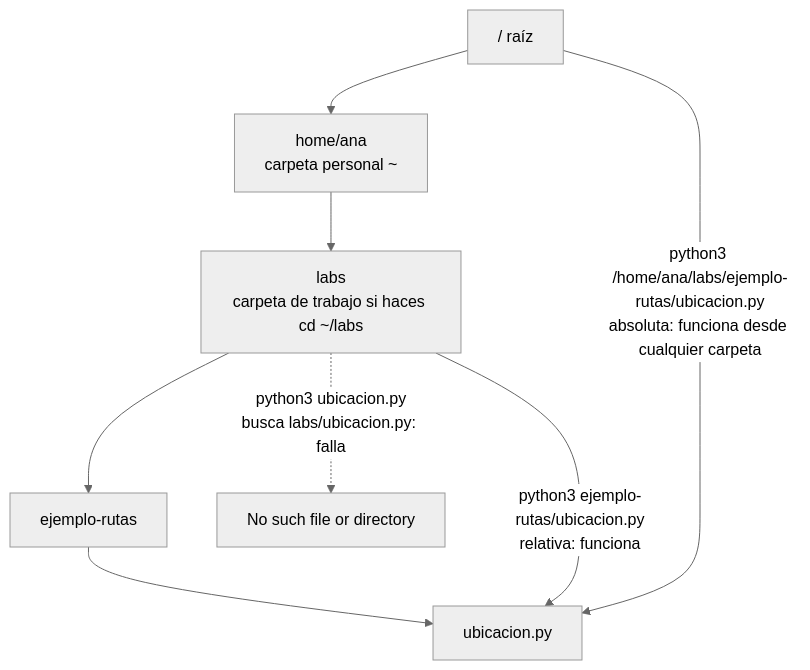
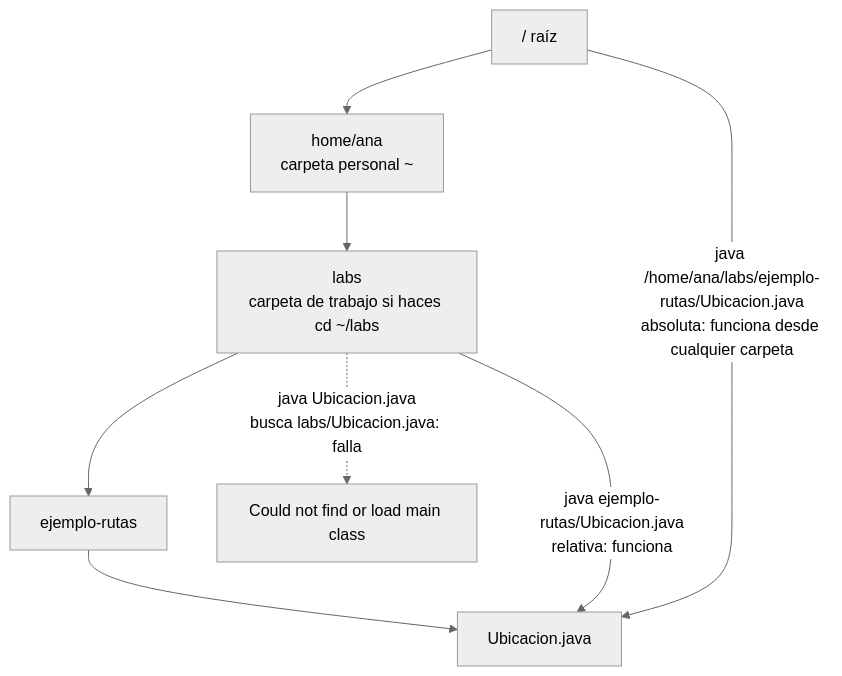
The fourth of 7 diagrams in web/public/content/foundations/modulo-0.md (NICORUIZ93/The_Imperial_Book), drawn with Mermaid (neutral theme) before and after one commit. The commit also changed other lines of this file and 4 other files, not shown here.

````diff
--- a/web/public/content/foundations/modulo-0.md
+++ b/web/public/content/foundations/modulo-0.md
@@ -688,10 +713,10 @@
 ```mermaid
 flowchart TD
     R["/ raíz"] --> H["home/ana<br/>carpeta personal ~"]
     H --> L["labs<br/>carpeta de trabajo si haces cd ~/labs"]
     L --> E["ejemplo-rutas"]
-    E --> U["ubicacion.py"]
-    L -.->|"python3 ubicacion.py<br/>busca labs/ubicacion.py: falla"| X["No such file or directory"]
-    L -->|"python3 ejemplo-rutas/ubicacion.py<br/>relativa: funciona"| U
-    R -->|"python3 /home/ana/labs/ejemplo-rutas/ubicacion.py<br/>absoluta: funciona desde cualquier carpeta"| U
+    E --> U["Ubicacion.java"]
+    L -.->|"java Ubicacion.java<br/>busca labs/Ubicacion.java: falla"| X["Could not find or load main class"]
+    L -->|"java ejemplo-rutas/Ubicacion.java<br/>relativa: funciona"| U
+    R -->|"java /home/ana/labs/ejemplo-rutas/Ubicacion.java<br/>absoluta: funciona desde cualquier carpeta"| U
 ```
````
